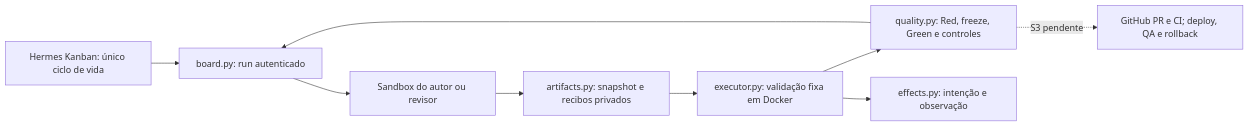
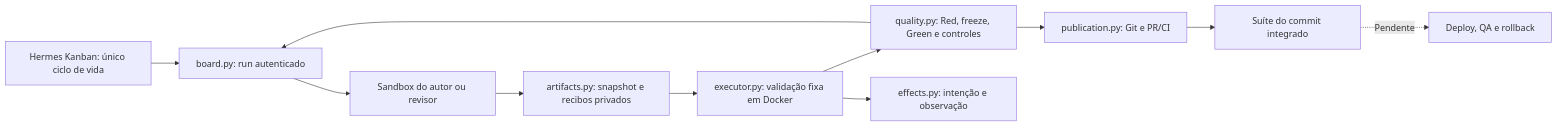
One commit to codifydeep/fabriquinha changed the first of 3 diagrams in docs/ARCHITECTURE.md. Above: the diagram before and after it, drawn with Mermaid. The commit also changed other lines of this file and 16 other files, not shown here.

````diff
--- a/docs/ARCHITECTURE.md
+++ b/docs/ARCHITECTURE.md
@@ -17,11 +17,13 @@
 ```mermaid
 flowchart LR
     K[Hermes Kanban: único ciclo de vida] --> B[board.py: run autenticado]
     B --> W[Sandbox do autor ou revisor]
     W --> A[artifacts.py: snapshot e recibos privados]
     A --> E[executor.py: validação fixa em Docker]
     E --> Q[quality.py: Red, freeze, Green e controles]
     Q --> B
     E --> J[effects.py: intenção e observação]
-    Q -. S3 pendente .-> P[GitHub PR e CI; deploy, QA e rollback]
+    Q --> P[publication.py: Git e PR/CI]
+    P --> M[Suíte do commit integrado]
+    M -. Pendente .-> D[Deploy, QA e rollback]
 ```
````
